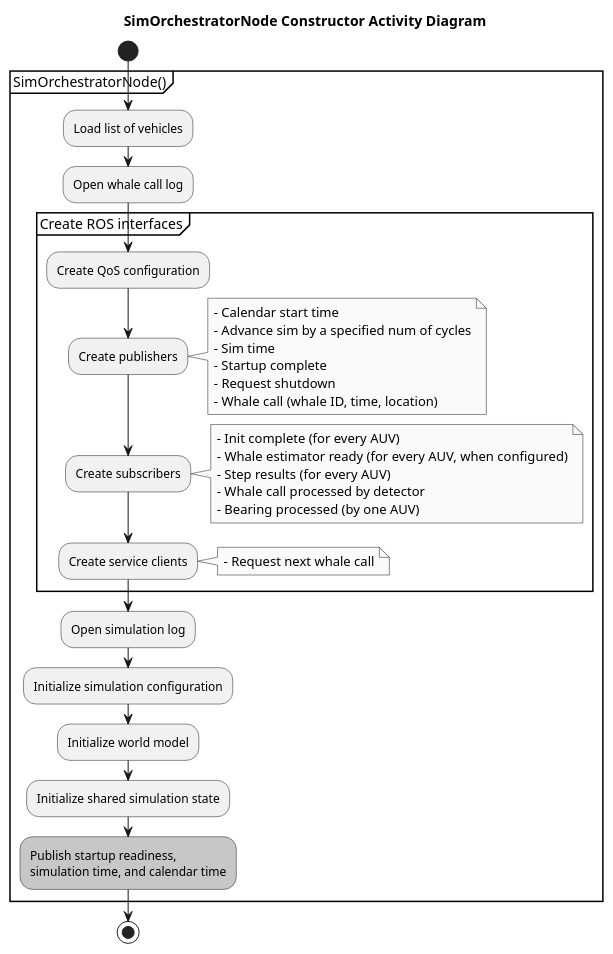
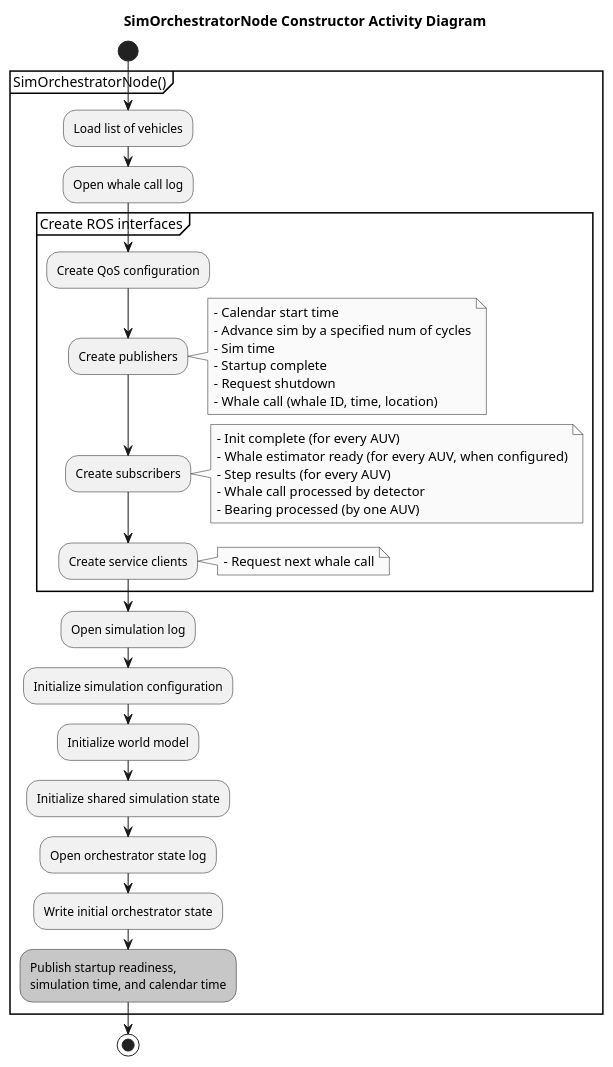
One commit to Tebcherani/MANTA changed the diagram in components/manta_core/docs/sim_orchestrator_init.puml. Above: the diagram before and after it, drawn with PlantUML.

Commit message:
Document core state log initialization

```diff
--- a/components/manta_core/docs/sim_orchestrator_init.puml
+++ b/components/manta_core/docs/sim_orchestrator_init.puml
@@ -1,49 +1,51 @@
 @startuml
 title SimOrchestratorNode Constructor Activity Diagram
 
 skinparam monochrome true
 skinparam shadowing false
 skinparam svgLinkTarget _self
 
 start
 
 partition "SimOrchestratorNode()" {
     :Load list of vehicles;    
     :Open whale call log;
     partition "Create ROS interfaces" {
         :Create QoS configuration;
         
         :Create publishers;
         note right
             - Calendar start time
             - Advance sim by a specified num of cycles
             - Sim time
             - Startup complete
             - Request shutdown
             - Whale call (whale ID, time, location)
         end note
 
         :Create subscribers;
         note right
             - Init complete (for every AUV)
             - Whale estimator ready (for every AUV, when configured)
             - Step results (for every AUV)
             - Whale call processed by detector
             - Bearing processed (by one AUV)
         end note
 
         :Create service clients;
         note right: - Request next whale call
 
     }
     
     :Open simulation log;
     :Initialize simulation configuration;
     :Initialize world model;
     :Initialize shared simulation state;
+    :Open orchestrator state log;
+    :Write initial orchestrator state;
     #lightgreen:Publish startup readiness,\nsimulation time, and calendar time;
 }
 
 stop
 
 @enduml
```
